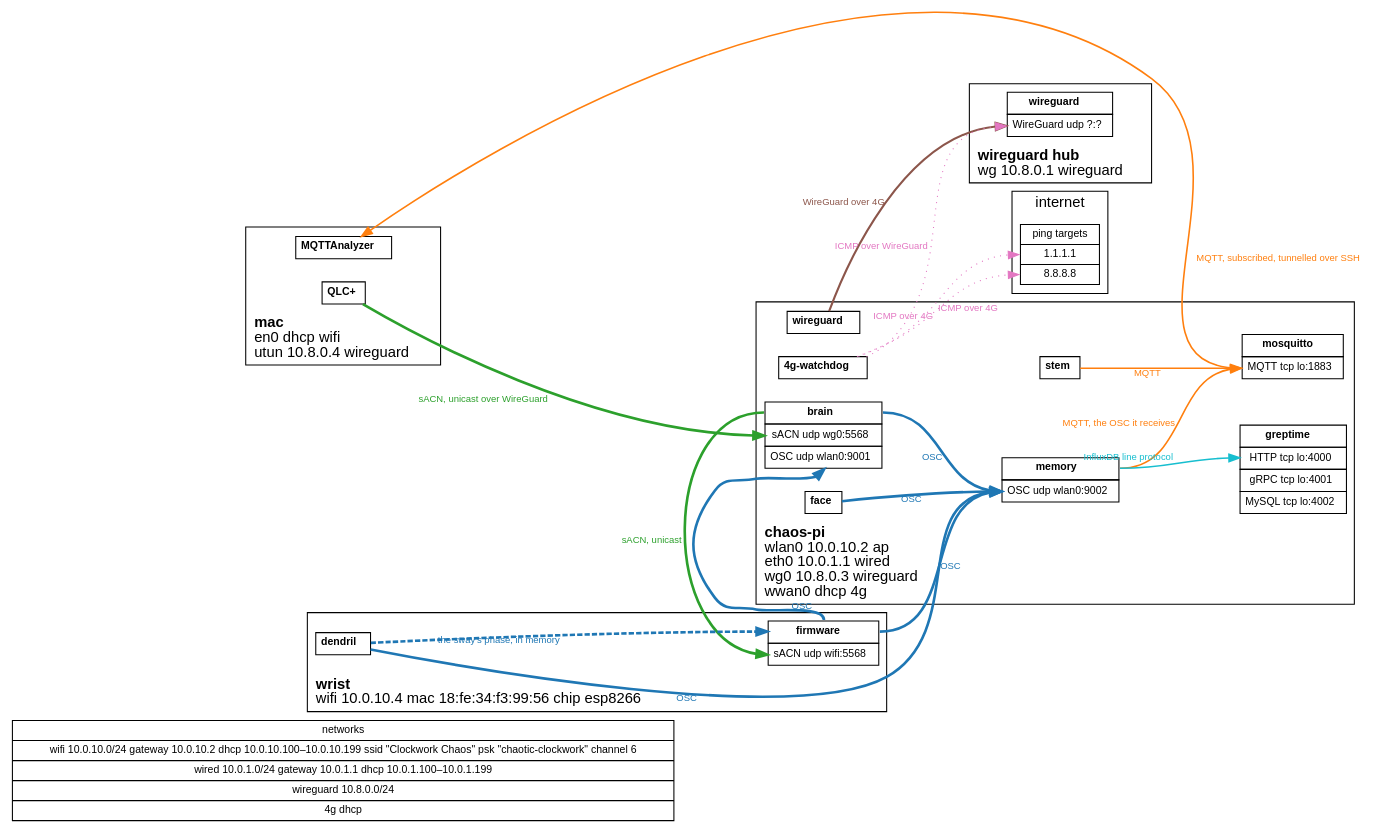
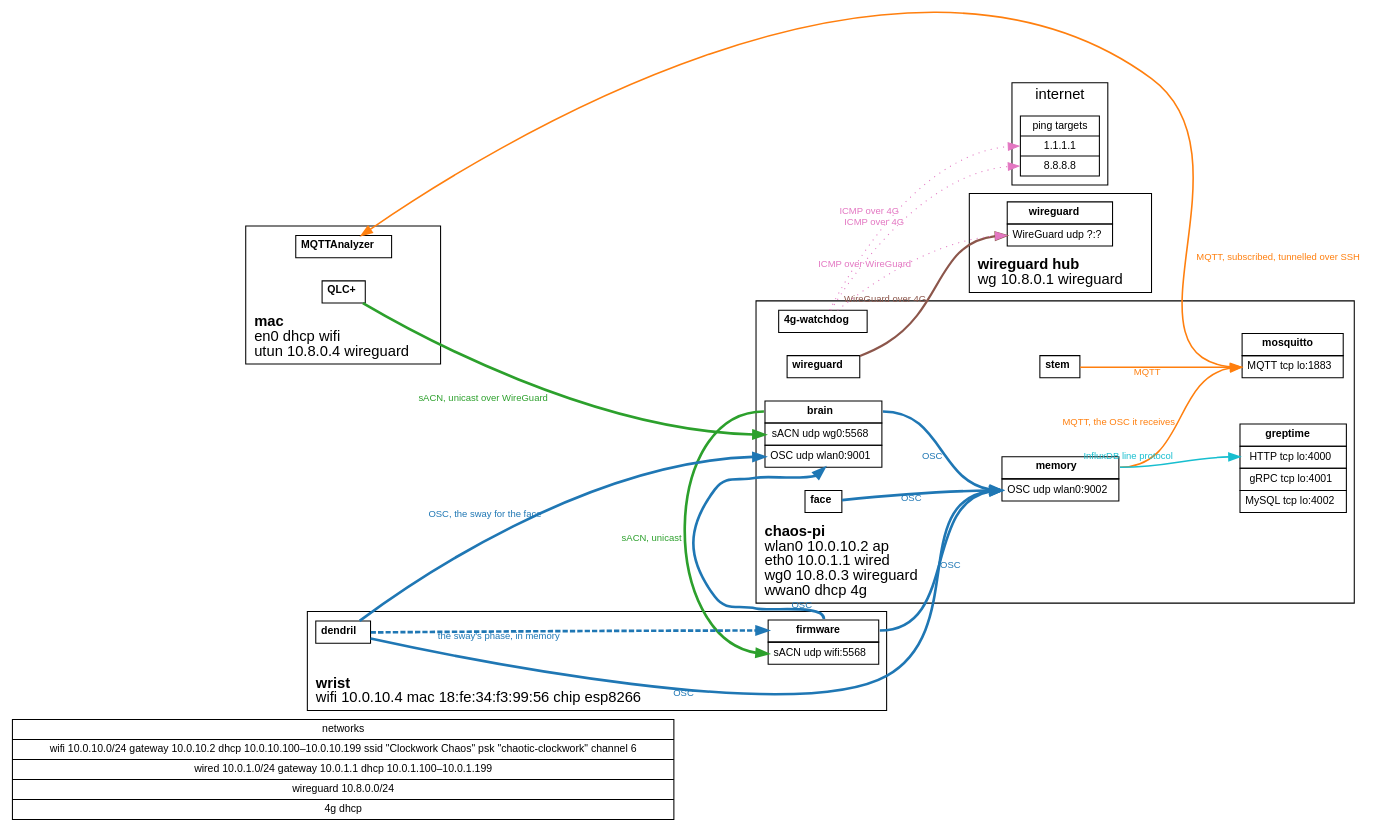
One commit to kjkoster/tensegrity-open-claw changed the diagram in clockwork.dot. Above: the diagram before and after it, drawn with Graphviz. The commit also changed 14 other files, not shown here.

```diff
--- a/clockwork.dot
+++ b/clockwork.dot
@@ -1,190 +1,191 @@
 // The rig's IP space: every device, the services it runs, the ports they listen on, and the data
 // that flows between them.
 //
 // Source code, not a picture. The build generates from it the Rust constants, the C++ header
 // for fixture firmware and the Pis' network configuration, so no address is written twice.
 // `dot -Tsvg clockwork.dot -o clockwork.svg` draws it.
 //
 // The grammar the generators read. Each fact is written once, in the label that draws it:
 //
 //   networks                a record, one field per network: name, CIDR, and where it has
 //                           them the gateway and the DHCP range. A WiFi network adds its
 //                           `ssid "<name>"`, `psk "<passphrase>"` and `channel <n>`; this is
 //                           the one place the WiFi is defined.
 //   subgraph cluster_<dev>  a device. Its label, drawn at the bottom of its box, is its host
 //                           name in bold, then its addresses, a line each, every line ended by
 //                           `<br align="left"/>`: interface, address,
 //                           network. "dhcp" for an address taken from a lease. The network
 //                           may be left out where the address lies in its CIDR; a lease
 //                           always names it. The device that is a WiFi network's access
 //                           point adds `ap`; there is one. A board flashed from chaos-pi's
 //                           USB adds `mac <mac> chip <chip>`: its chip's MAC, in lower case,
 //                           by which the deploy knows which firmware it takes, and the chip as
 //                           esptool names it, which it is flashed as. No two devices share a
 //                           MAC.
 //   any other node          a service on that device: a table of one column, a cell per row.
 //                           The first cell is its name, in bold, at port `title`; then one cell
 //                           per port it listens on, at port `<id>`, holding
 //                           `protocol transport interface:port`. The interface names the address
 //                           it binds, the one `<dev>_if` gives that interface; `lo` binds
 //                           127.0.0.1, which `<dev>_if` does not list; `*` binds the wildcard,
 //                           0.0.0.0. A service that only sends has its name alone.
 //   an edge                 from the title of the service that connects to the port it connects
 //                           to, labelled with what flows. Data flows the same way, except where
 //                           a subscriber connects to fetch it: `dir=back` turns that arrow round
 //                           to show the flow. sACN carries the one universe clockwork.qxw
 //                           sets, so its edges do not name it. sACN is unicast only:
 //                           one edge per sender and recipient, sent to the recipient's
 //                           address on the network they share. An edge between two services
 //                           on one device goes to the address its head binds, loopback for
 //                           `*`. Edges sit in one
 //                           subgraph per protocol, named after it, which also sets its colour
 //                           and line style. Services compiled into one program share memory
 //                           rather than a network: their edges run title to title, in
 //                           `in_process`, and no generator reads them.
 
 digraph clockwork {
     graph [rankdir=LR, forcelabels=true, fontname="Helvetica", nodesep=0.3, ranksep=1.2];
     node [shape=record, fontname="Helvetica", fontsize=10];
     edge [fontname="Helvetica", fontsize=9];
 
     networks [label="networks|<wifi> wifi 10.0.10.0/24 gateway 10.0.10.2 dhcp 10.0.10.100–10.0.10.199 ssid \"Clockwork Chaos\" psk \"chaotic-clockwork\" channel 6|<wired> wired 10.0.1.0/24 gateway 10.0.1.1 dhcp 10.0.1.100–10.0.1.199|<wireguard> wireguard 10.8.0.0/24|<4g> 4g dhcp"];
 
     // ── Devices ──────────────────────────────────────────────────────────────────────────────
 
     subgraph cluster_chaos_pi {
         label=<<b>chaos-pi</b><br align="left"/>wlan0 10.0.10.2 ap<br align="left"/>eth0 10.0.1.1 wired<br align="left"/>wg0 10.8.0.3 wireguard<br align="left"/>wwan0 dhcp 4g<br align="left"/>>;
         labelloc="b";
         labeljust="l";
 
         node [shape=plain];
 
         chaos_pi_brain [label=<<table border="0" cellborder="1" cellspacing="0" cellpadding="4">
             <tr><td port="title"><b>brain</b></td></tr>
             <tr><td port="sacn">sACN udp wg0:5568</td></tr>
             <tr><td port="osc">OSC udp wlan0:9001</td></tr>
         </table>>];
         chaos_pi_face [label=<<table border="0" cellborder="1" cellspacing="0" cellpadding="4">
             <tr><td port="title"><b>face</b></td></tr>
         </table>>];
         chaos_pi_stem [label=<<table border="0" cellborder="1" cellspacing="0" cellpadding="4">
             <tr><td port="title"><b>stem</b></td></tr>
         </table>>];
         chaos_pi_wg [label=<<table border="0" cellborder="1" cellspacing="0" cellpadding="4">
             <tr><td port="title"><b>wireguard</b></td></tr>
         </table>>];
         chaos_pi_watchdog [label=<<table border="0" cellborder="1" cellspacing="0" cellpadding="4">
             <tr><td port="title"><b>4g-watchdog</b></td></tr>
         </table>>];
         chaos_pi_mosquitto [label=<<table border="0" cellborder="1" cellspacing="0" cellpadding="4">
             <tr><td port="title"><b>mosquitto</b></td></tr>
             <tr><td port="mqtt">MQTT tcp lo:1883</td></tr>
         </table>>];
         chaos_pi_memory [label=<<table border="0" cellborder="1" cellspacing="0" cellpadding="4">
             <tr><td port="title"><b>memory</b></td></tr>
             <tr><td port="osc">OSC udp wlan0:9002</td></tr>
         </table>>];
         chaos_pi_greptime [label=<<table border="0" cellborder="1" cellspacing="0" cellpadding="4">
             <tr><td port="title"><b>greptime</b></td></tr>
             <tr><td port="http">HTTP tcp lo:4000</td></tr>
             <tr><td port="grpc">gRPC tcp lo:4001</td></tr>
             <tr><td port="mysql">MySQL tcp lo:4002</td></tr>
         </table>>];
     }
 
     subgraph cluster_wrist {
         label=<<b>wrist</b><br align="left"/>wifi 10.0.10.4 mac 18:fe:34:f3:99:56 chip esp8266<br align="left"/>>;
         labelloc="b";
         labeljust="l";
 
         node [shape=plain];
 
         wrist_firmware [label=<<table border="0" cellborder="1" cellspacing="0" cellpadding="4">
             <tr><td port="title"><b>firmware</b></td></tr>
             <tr><td port="sacn">sACN udp wifi:5568</td></tr>
         </table>>];
         wrist_dendril [label=<<table border="0" cellborder="1" cellspacing="0" cellpadding="4">
             <tr><td port="title"><b>dendril</b></td></tr>
         </table>>];
     }
 
     subgraph cluster_mac {
         label=<<b>mac</b><br align="left"/>en0 dhcp wifi<br align="left"/>utun 10.8.0.4 wireguard<br align="left"/>>;
         labelloc="b";
         labeljust="l";
 
         node [shape=plain];
 
         mac_qlc [label=<<table border="0" cellborder="1" cellspacing="0" cellpadding="4">
             <tr><td port="title"><b>QLC+</b></td></tr>
         </table>>];
         mac_mqttanalyzer [label=<<table border="0" cellborder="1" cellspacing="0" cellpadding="4">
             <tr><td port="title"><b>MQTTAnalyzer</b></td></tr>
         </table>>];
     }
 
     subgraph cluster_wg_hub {
         label=<<b>wireguard hub</b><br align="left"/>wg 10.8.0.1 wireguard<br align="left"/>>;
         labelloc="b";
         labeljust="l";
 
         node [shape=plain];
 
         wg_hub_wg [label=<<table border="0" cellborder="1" cellspacing="0" cellpadding="4">
             <tr><td port="title"><b>wireguard</b></td></tr>
             <tr><td port="wg">WireGuard udp ?:?</td></tr>
         </table>>];
     }
 
     subgraph cluster_internet {
         label="internet";
 
         internet_ping [label="ping targets|<cloudflare> 1.1.1.1|<google> 8.8.8.8"];
     }
 
     // ── Data flows, one block per protocol ───────────────────────────────────────────────────
 
     subgraph sacn {
         edge [color="#2ca02c", fontcolor="#2ca02c", penwidth=2.5];
         mac_qlc:title        -> chaos_pi_brain:sacn [xlabel="sACN, unicast over WireGuard"];
         chaos_pi_brain:title -> wrist_firmware:sacn [xlabel="sACN, unicast"];
     }
 
     subgraph osc {
         edge [color="#1f77b4", fontcolor="#1f77b4", penwidth=2.5];
         wrist_firmware:title -> chaos_pi_brain:osc       [xlabel="OSC"];
         wrist_firmware:title -> chaos_pi_memory:osc      [xlabel="OSC"];
         wrist_dendril:title  -> chaos_pi_memory:osc      [xlabel="OSC"];
+        wrist_dendril:title  -> chaos_pi_brain:osc       [xlabel="OSC, the sway for the face"];
         chaos_pi_brain:title -> chaos_pi_memory:osc      [xlabel="OSC"];
         chaos_pi_face:title  -> chaos_pi_memory:osc      [xlabel="OSC"];
     }
 
     subgraph in_process {
         edge [color="#1f77b4", fontcolor="#1f77b4", penwidth=2.5, style=dashed];
         wrist_dendril:title -> wrist_firmware:title [xlabel="the sway's phase, in memory"];
     }
 
     subgraph mqtt {
         edge [color="#ff7f0e", fontcolor="#ff7f0e", penwidth=1.5];
         chaos_pi_stem:title      -> chaos_pi_mosquitto:mqtt [xlabel="MQTT"];
         chaos_pi_memory:title    -> chaos_pi_mosquitto:mqtt [xlabel="MQTT, the OSC it receives"];
         mac_mqttanalyzer:title   -> chaos_pi_mosquitto:mqtt [xlabel="MQTT, subscribed, tunnelled over SSH", dir=back];
     }
 
     subgraph influx {
         edge [color="#17becf", fontcolor="#17becf", penwidth=1.5];
         chaos_pi_memory:title -> chaos_pi_greptime:http [xlabel="InfluxDB line protocol"];
     }
 
     subgraph wireguard {
         edge [color="#8c564b", fontcolor="#8c564b", penwidth=2, style=bold];
         chaos_pi_wg:title -> wg_hub_wg:wg [xlabel="WireGuard over 4G"];
     }
 
     subgraph icmp {
         edge [color="#e377c2", fontcolor="#e377c2", penwidth=1, style=dotted];
         chaos_pi_watchdog:title -> internet_ping:cloudflare [xlabel="ICMP over 4G"];
         chaos_pi_watchdog:title -> internet_ping:google     [xlabel="ICMP over 4G"];
         chaos_pi_watchdog:title -> wg_hub_wg:wg             [xlabel="ICMP over WireGuard"];
     }
 }
```
